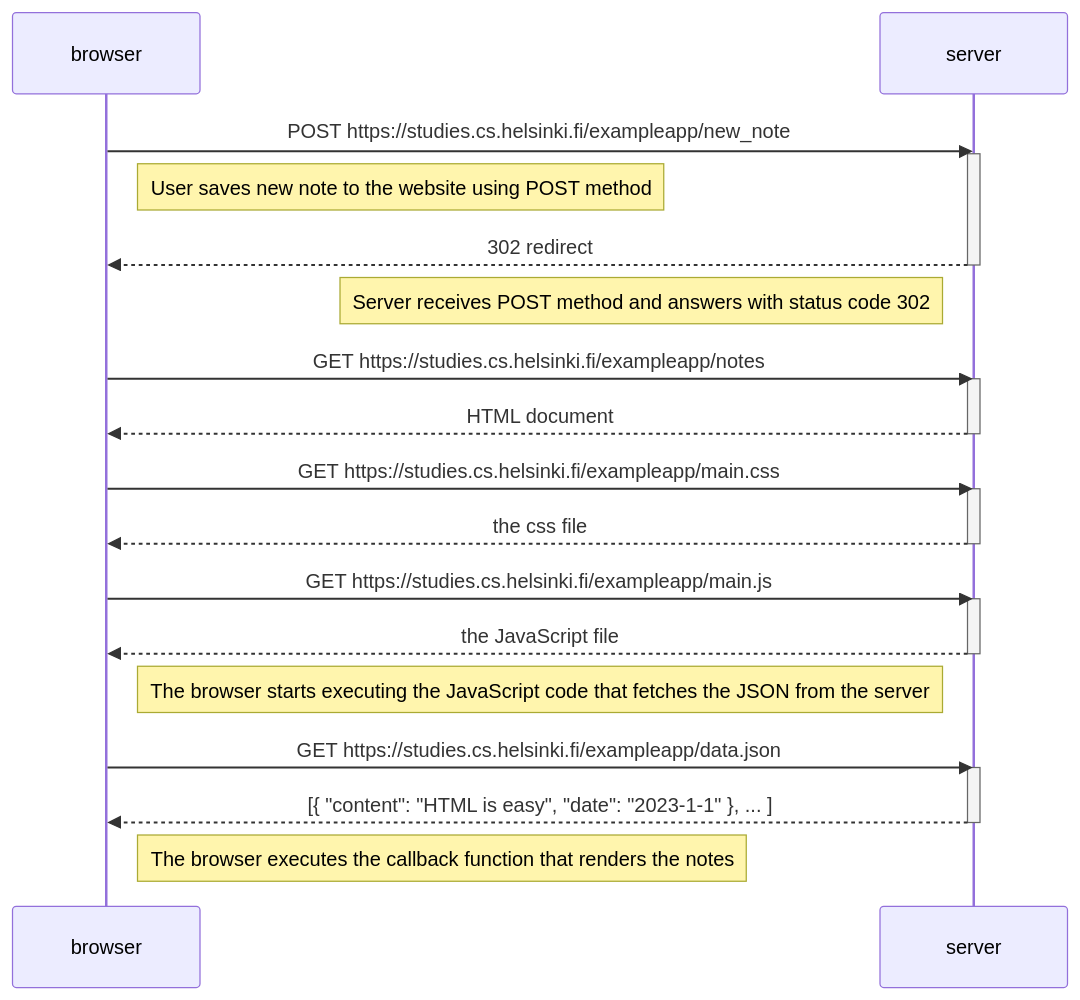
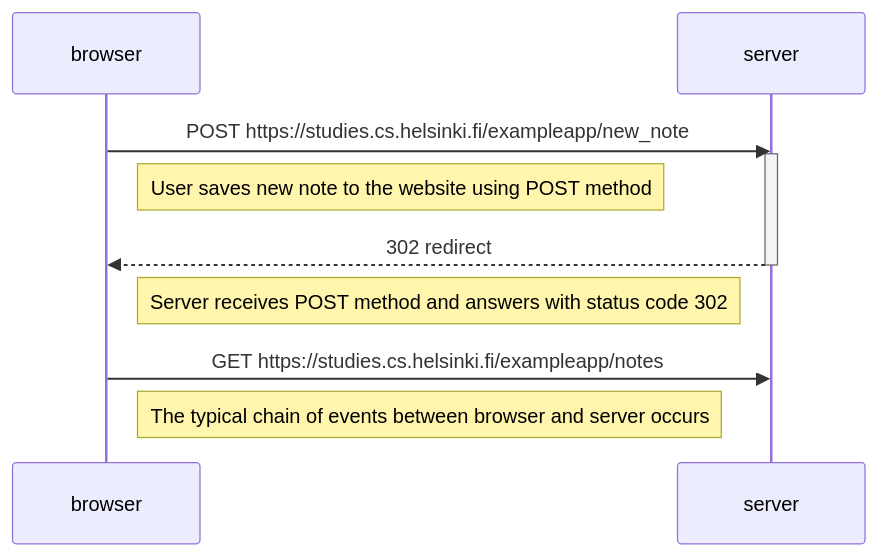
The diagram in Tehtävä 0.4.md (Waltter2211/Full-stack-palautus), drawn with Mermaid before and after one commit.

Commit message:
Update Tehtävä 0.4.md

````diff
--- a/Tehtävä 0.4.md
+++ b/Tehtävä 0.4.md
@@ -1,35 +1,14 @@
 ```mermaid
 sequenceDiagram
     participant browser
     participant server
     
     browser->>server: POST https://studies.cs.helsinki.fi/exampleapp/new_note
     activate server
     Note right of browser: User saves new note to the website using POST method
     server-->>browser: 302 redirect
     deactivate server
     Note left of server: Server receives POST method and answers with status code 302
     browser->>server: GET https://studies.cs.helsinki.fi/exampleapp/notes
-    activate server
-    server-->>browser: HTML document
-    deactivate server
-    
-    browser->>server: GET https://studies.cs.helsinki.fi/exampleapp/main.css
-    activate server
-    server-->>browser: the css file
-    deactivate server
-    
-    browser->>server: GET https://studies.cs.helsinki.fi/exampleapp/main.js
-    activate server
-    server-->>browser: the JavaScript file
-    deactivate server
-    
-    Note right of browser: The browser starts executing the JavaScript code that fetches the JSON from the server
-    
-    browser->>server: GET https://studies.cs.helsinki.fi/exampleapp/data.json
-    activate server
-    server-->>browser: [{ "content": "HTML is easy", "date": "2023-1-1" }, ... ]
-    deactivate server    
-
-    Note right of browser: The browser executes the callback function that renders the notes 
+    Note right of browser: The typical chain of events between browser and server occurs
 ```
````
